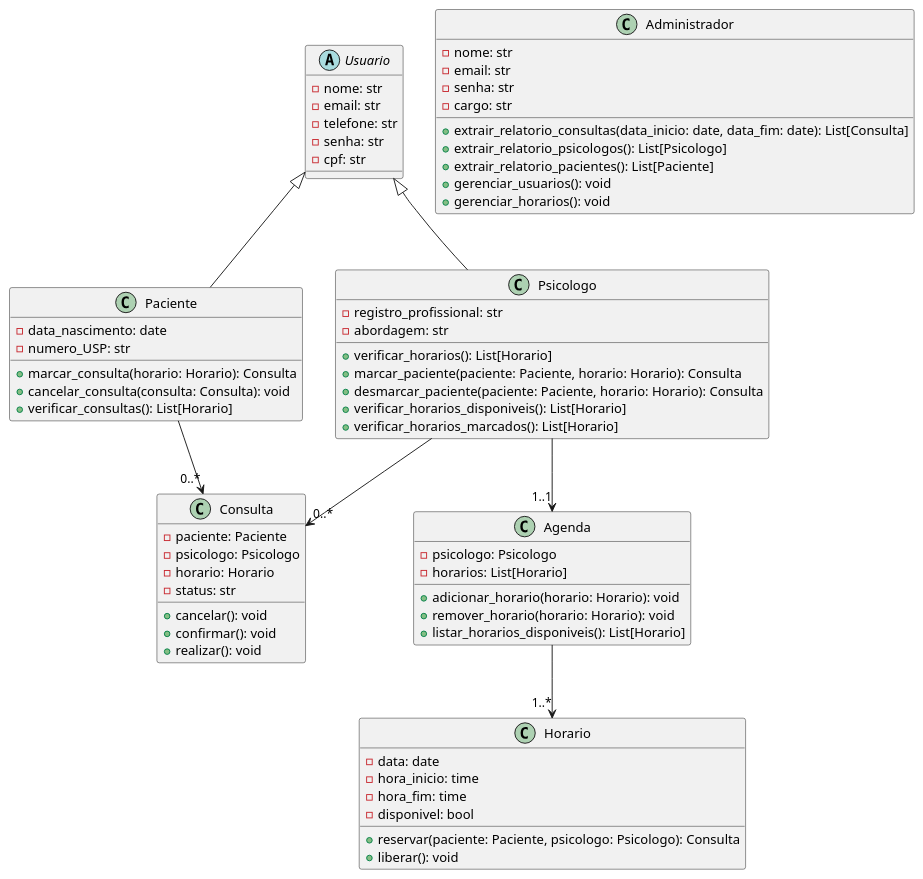
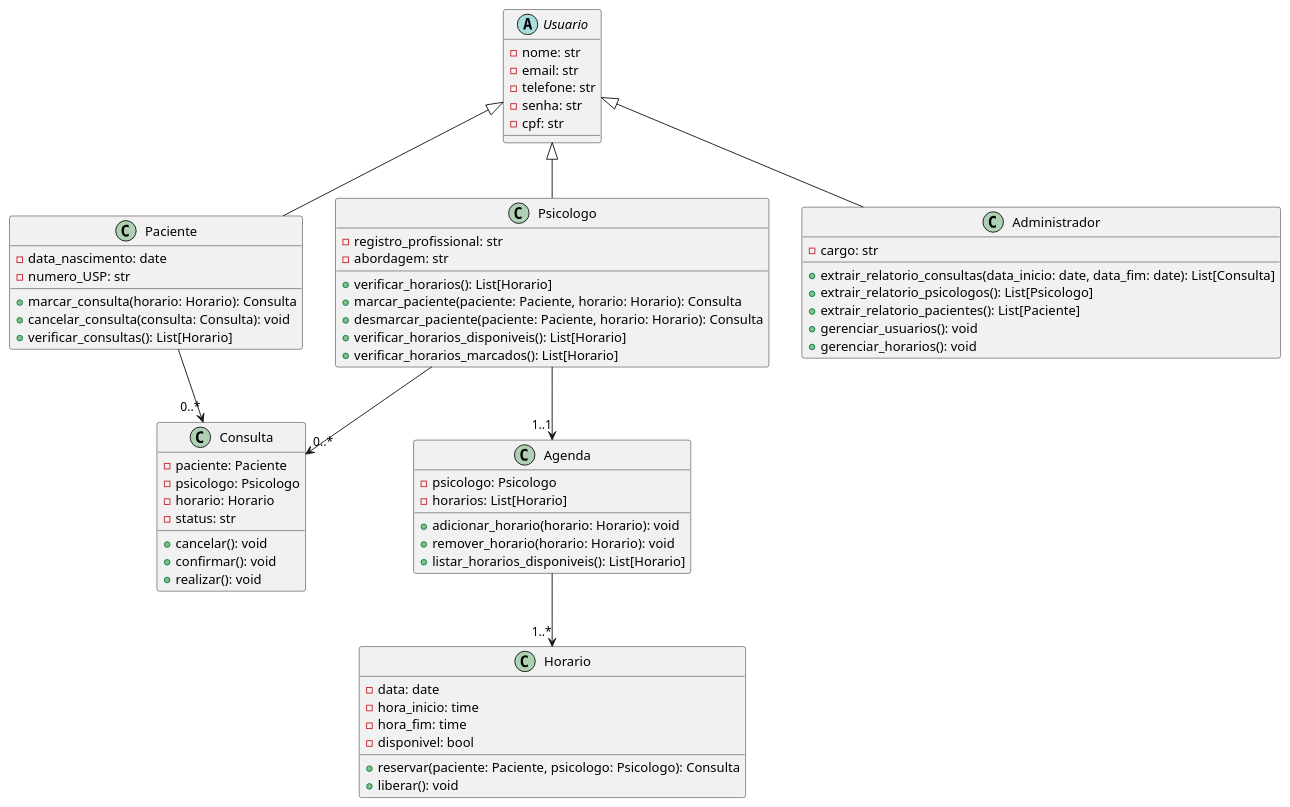
One commit to catarinamoreiralima/apoo changed the diagram in classes.plantuml. Above: the diagram before and after it, drawn with PlantUML.

Commit message:
classes att

```diff
--- a/classes.plantuml
+++ b/classes.plantuml
@@ -1,76 +1,74 @@
 @startuml 
 
 abstract class Usuario {
   - nome: str
   - email: str
   - telefone: str
   - senha: str
   - cpf: str
 }
 
 class Paciente {
   - data_nascimento: date
   - numero_USP: str
   + marcar_consulta(horario: Horario): Consulta
   + cancelar_consulta(consulta: Consulta): void
   + verificar_consultas(): List[Horario]
 }
 
 class Psicologo {
   - registro_profissional: str
   - abordagem: str
   + verificar_horarios(): List[Horario]
   + marcar_paciente(paciente: Paciente, horario: Horario): Consulta
   + desmarcar_paciente(paciente: Paciente, horario: Horario): Consulta
   + verificar_horarios_disponiveis(): List[Horario]
   + verificar_horarios_marcados(): List[Horario]
 }
 
 class Consulta {
   - paciente: Paciente
   - psicologo: Psicologo
   - horario: Horario
   - status: str
   + cancelar(): void
   + confirmar(): void
   + realizar(): void
 }
 
 class Horario {
   - data: date
   - hora_inicio: time
   - hora_fim: time
   - disponivel: bool
   + reservar(paciente: Paciente, psicologo: Psicologo): Consulta
   + liberar(): void
 }
 
 class Agenda {
   - psicologo: Psicologo
   - horarios: List[Horario]
   + adicionar_horario(horario: Horario): void
   + remover_horario(horario: Horario): void
   + listar_horarios_disponiveis(): List[Horario]
 }
 
 class Administrador {
-  - nome: str
-  - email: str
-  - senha: str
   - cargo: str
   + extrair_relatorio_consultas(data_inicio: date, data_fim: date): List[Consulta]
   + extrair_relatorio_psicologos(): List[Psicologo]
   + extrair_relatorio_pacientes(): List[Paciente]
   + gerenciar_usuarios(): void
   + gerenciar_horarios(): void
 }
 
 Usuario <|-- Paciente
 Usuario <|-- Psicologo
+Usuario <|-- Administrador
 Paciente --> "0..*" Consulta 
 Psicologo --> "0..*" Consulta
 Psicologo --> "1..1" Agenda
 Agenda --> "1..*" Horario
 
 
 @enduml
```
